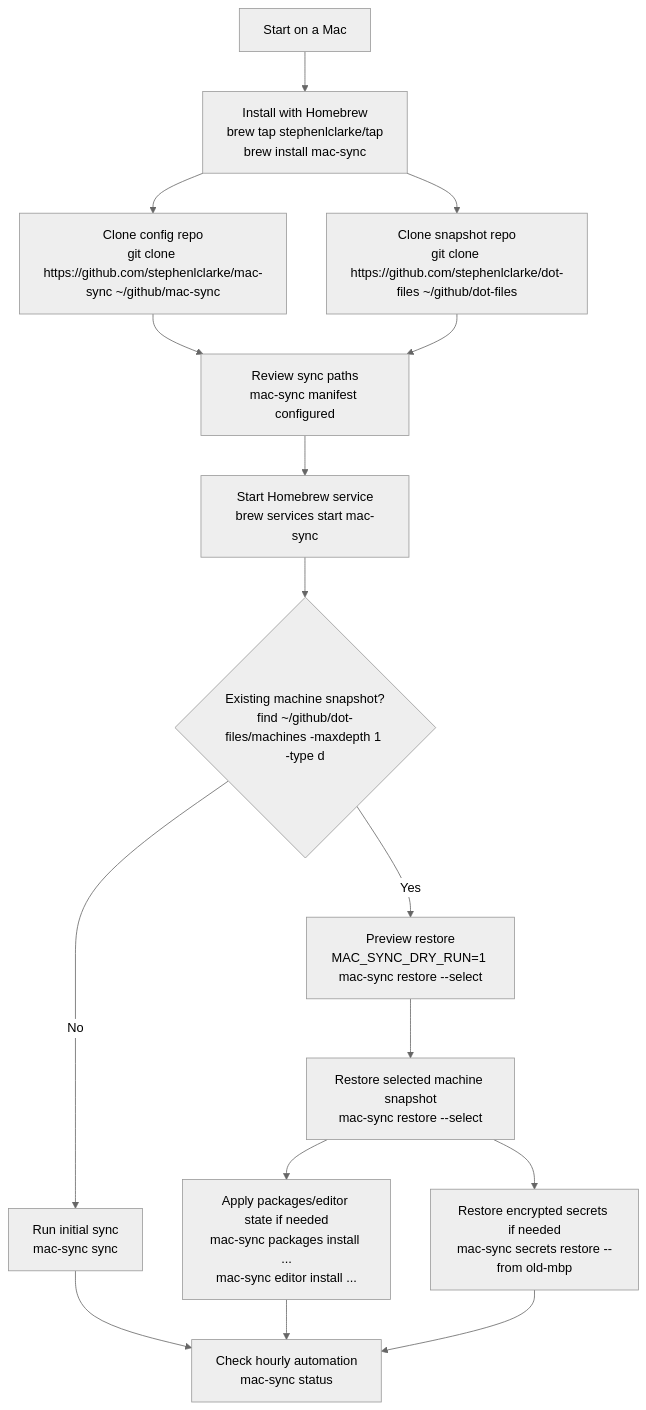
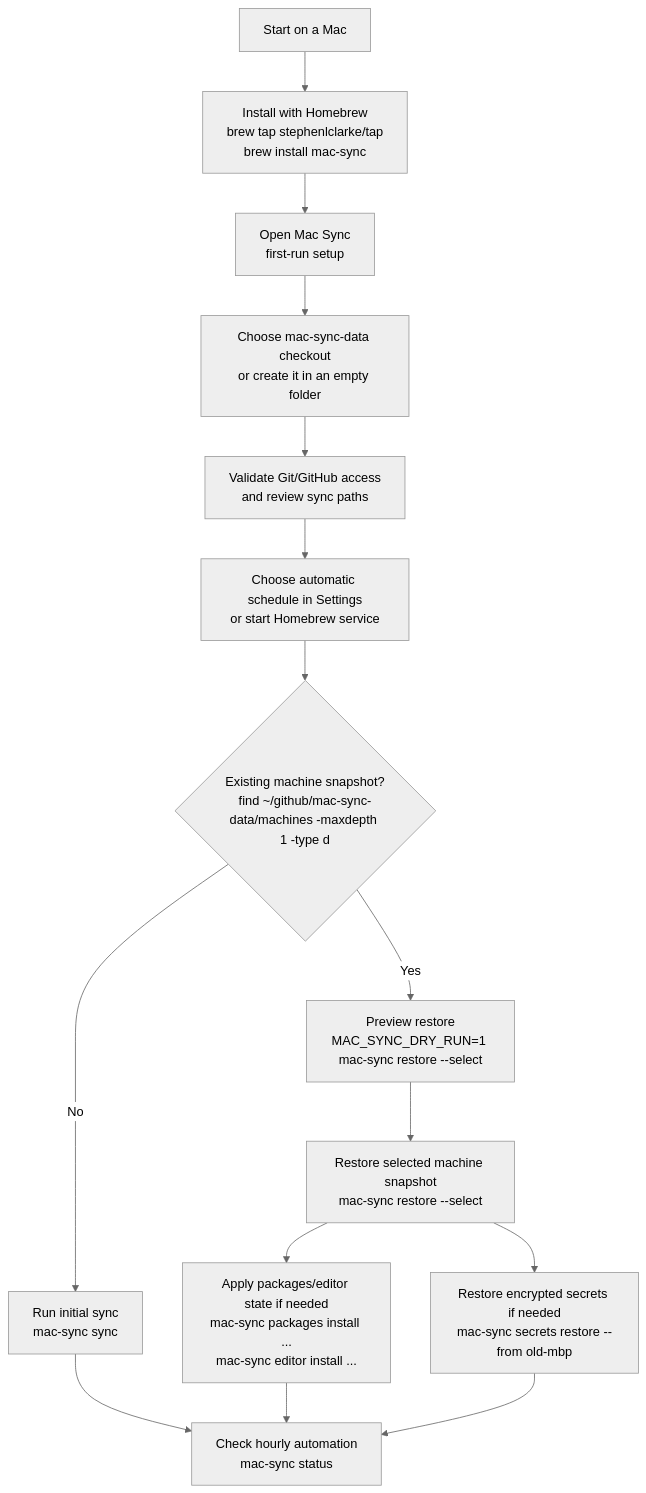
Before and after one commit to stephenlclarke/mac-sync: the first of 4 diagrams in WORKFLOW.md, drawn with Mermaid (neutral theme). The commit also changed other lines of this file and 51 other files, not shown here.

Commit message:
feat: add macOS sync control app

````diff
--- a/WORKFLOW.md
+++ b/WORKFLOW.md
@@ -18,18 +23,17 @@
 ```mermaid
 flowchart TD
   A["Start on a Mac"] --> B["Install with Homebrew<br/>brew tap stephenlclarke/tap<br/>brew install mac-sync"]
-  B --> C["Clone config repo<br/>git clone https://github.com/stephenlclarke/mac-sync ~/github/mac-sync"]
-  B --> D["Clone snapshot repo<br/>git clone https://github.com/stephenlclarke/dot-files ~/github/dot-files"]
-  C --> E["Review sync paths<br/>mac-sync manifest configured"]
-  D --> E
-  E --> F["Start Homebrew service<br/>brew services start mac-sync"]
-  F --> G{"Existing machine snapshot?<br/>find ~/github/dot-files/machines -maxdepth 1 -type d"}
+  B --> C["Open Mac Sync<br/>first-run setup"]
+  C --> D["Choose mac-sync-data checkout<br/>or create it in an empty folder"]
+  D --> E["Validate Git/GitHub access<br/>and review sync paths"]
+  E --> F["Choose automatic schedule in Settings<br/>or start Homebrew service"]
+  F --> G{"Existing machine snapshot?<br/>find ~/github/mac-sync-data/machines -maxdepth 1 -type d"}
   G -- "No" --> H["Run initial sync<br/>mac-sync sync"]
   G -- "Yes" --> I["Preview restore<br/>MAC_SYNC_DRY_RUN=1 mac-sync restore --select"]
   I --> J["Restore selected machine snapshot<br/>mac-sync restore --select"]
   J --> K["Apply packages/editor state if needed<br/>mac-sync packages install ...<br/>mac-sync editor install ..."]
   J --> L["Restore encrypted secrets if needed<br/>mac-sync secrets restore --from old-mbp"]
   H --> M["Check hourly automation<br/>mac-sync status"]
   K --> M
   L --> M
 ```
````
